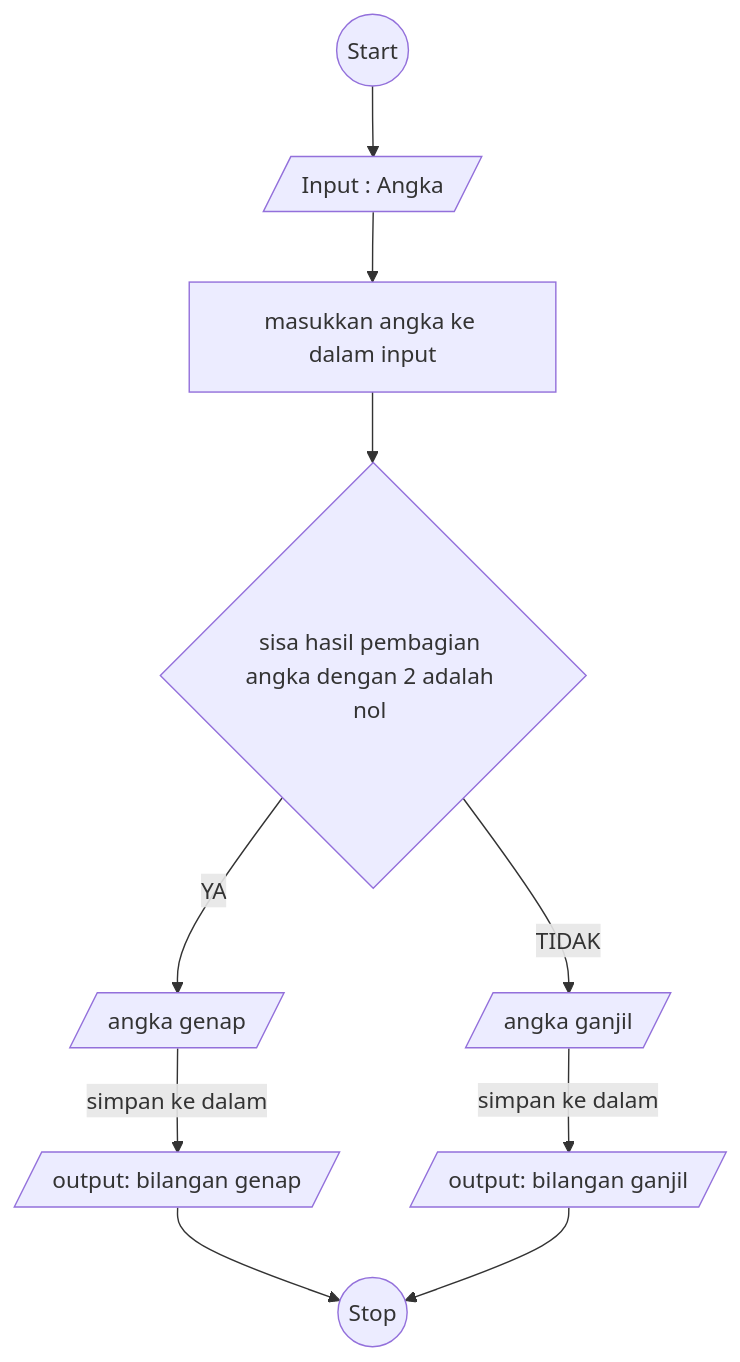
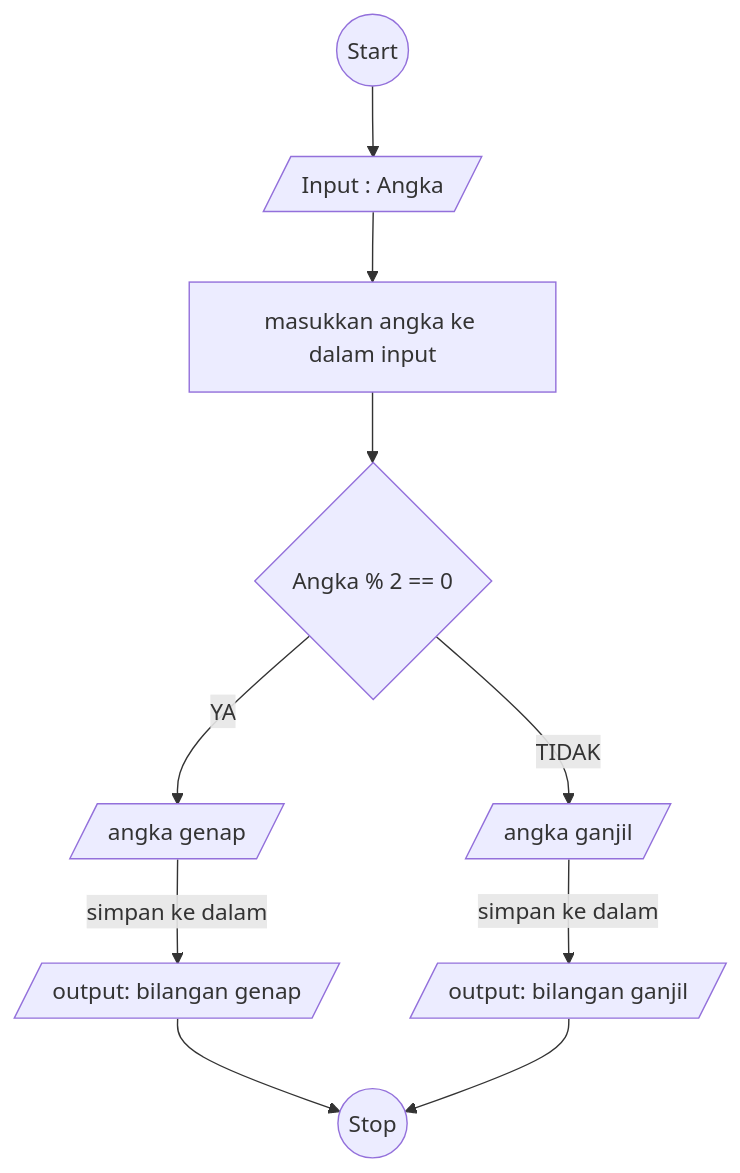
The diagram in flowchart-ganjil-genap.md (makarim22/koda-b6-algoritma), drawn with Mermaid before and after one commit. The commit also changed other lines of this file, not shown here.

````diff
--- a/flowchart-ganjil-genap.md
+++ b/flowchart-ganjil-genap.md
@@ -4,27 +4,27 @@
 ```mermaid
 flowchart TD
     A@{ shape: circle, label: "Start" } -->C
 
     C@{ shape: lean-r, label: "Input : Angka" } --> Z
 
     Z@{ shape: rect, label: "masukkan angka ke dalam input" } -->E
 
-    E@{ shape: diamond, label: "sisa hasil pembagian angka dengan 2 adalah nol " } 
+    E@{ shape: diamond, label: "Angka % 2 == 0" } 
 
     E -- YA --> G
 
     E -- TIDAK --> F
 
     G@{ shape: lean-r, label: "angka genap" } -->|simpan ke dalam| H
 
     F@{ shape: lean-r, label: "angka ganjil" } -->|simpan ke dalam| I
 
     H@{ shape: lean-r, label: "output: bilangan genap"} --> B
 
     I@{ shape: lean-r, label: "output: bilangan ganjil"} --> B
 
 
 
     B@{ shape: circle, label: "Stop" }
 
 ```
````
